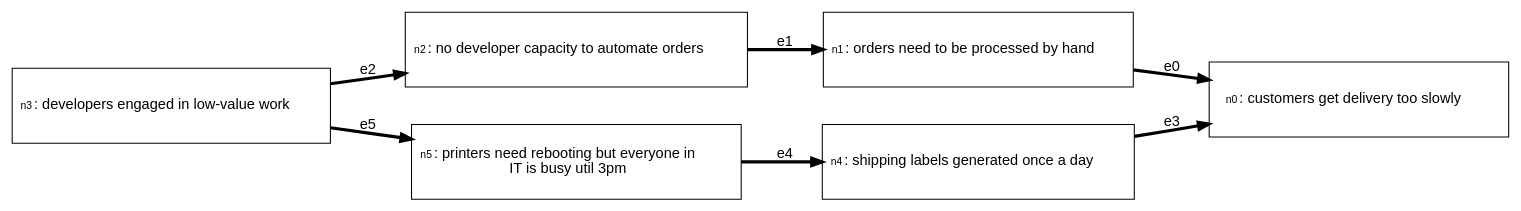
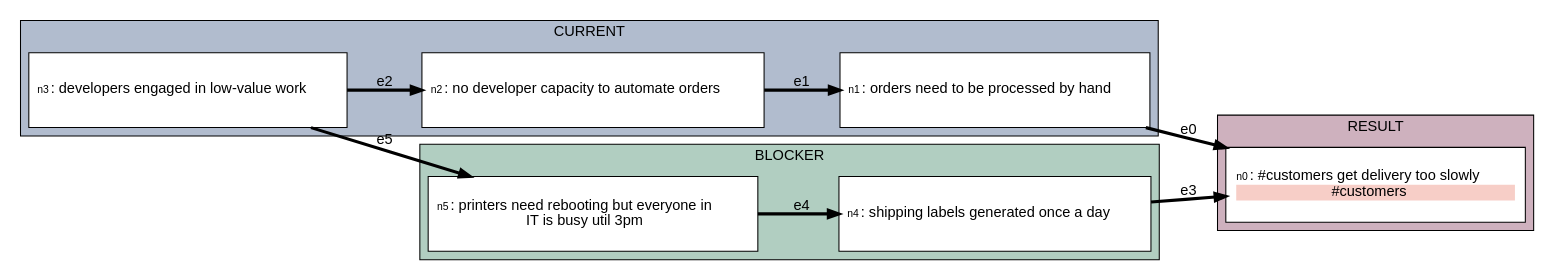
Before and after one commit to stevecooperorg/microdot: the diagram in examples/business_example_1.dot, drawn with Graphviz. The commit also changed 13 other files, not shown here.

```diff
--- a/examples/business_example_1.dot
+++ b/examples/business_example_1.dot
@@ -1,57 +1,75 @@
 digraph {
 
     graph [fontname = "helvetica" rankdir="LR" ranksep=0.75 nodesep=0.5];
     node [fontname = "helvetica" shape = "box" width=4 style=filled];
     edge [fontname = "helvetica" penwidth=3 color="#000000"];
 
-    n0 [width=4 height=1 label=< <TABLE BORDER="0" CELLPADDING="0" CELLSPACING="0">
+  subgraph cluster_BLOCKER {
+  label="BLOCKER"
+  bgcolor="#B1CEC1"
+    n4 [width=4 height=1 label=< <TABLE BORDER="0" CELLPADDING="0" CELLSPACING="0">
     <TR>
-        <TD COLSPAN="1"><FONT POINT-SIZE="10">n0</FONT>: customers get delivery too slowly</TD>
+        <TD COLSPAN="1"><FONT POINT-SIZE="10">n4</FONT>: shipping labels generated once a day</TD>
     </TR>
     
    </TABLE>
 > fillcolor="#FFFFFF"]
+    n5 [width=4 height=1 label=< <TABLE BORDER="0" CELLPADDING="0" CELLSPACING="0">
+    <TR>
+        <TD COLSPAN="1"><FONT POINT-SIZE="10">n5</FONT>: printers need rebooting but everyone in<br/>IT is busy util 3pm</TD>
+    </TR>
+    
+   </TABLE>
+> fillcolor="#FFFFFF"]
+  }
+  subgraph cluster_RESULT {
+  label="RESULT"
+  bgcolor="#CEB1BE"
+    n0 [width=4 height=1 label=< <TABLE BORDER="0" CELLPADDING="0" CELLSPACING="0">
+    <TR>
+        <TD COLSPAN="1"><FONT POINT-SIZE="10">n0</FONT>: #customers get delivery too slowly</TD>
+    </TR>
+    
+        
+           <TR>
+<TD BGCOLOR="#F7CEC7"><FONT COLOR="#000000">#customers</FONT></TD>
+</TR>
+        
+    
+   </TABLE>
+> fillcolor="#FFFFFF"]
+  }
+  subgraph cluster_CURRENT {
+  label="CURRENT"
+  bgcolor="#B1BCCE"
     n1 [width=4 height=1 label=< <TABLE BORDER="0" CELLPADDING="0" CELLSPACING="0">
     <TR>
         <TD COLSPAN="1"><FONT POINT-SIZE="10">n1</FONT>: orders need to be processed by hand</TD>
     </TR>
     
    </TABLE>
 > fillcolor="#FFFFFF"]
     n2 [width=4 height=1 label=< <TABLE BORDER="0" CELLPADDING="0" CELLSPACING="0">
     <TR>
         <TD COLSPAN="1"><FONT POINT-SIZE="10">n2</FONT>: no developer capacity to automate orders</TD>
     </TR>
     
    </TABLE>
 > fillcolor="#FFFFFF"]
     n3 [width=4 height=1 label=< <TABLE BORDER="0" CELLPADDING="0" CELLSPACING="0">
     <TR>
         <TD COLSPAN="1"><FONT POINT-SIZE="10">n3</FONT>: developers engaged in low-value work</TD>
     </TR>
     
    </TABLE>
 > fillcolor="#FFFFFF"]
-    n4 [width=4 height=1 label=< <TABLE BORDER="0" CELLPADDING="0" CELLSPACING="0">
-    <TR>
-        <TD COLSPAN="1"><FONT POINT-SIZE="10">n4</FONT>: shipping labels generated once a day</TD>
-    </TR>
-    
-   </TABLE>
-> fillcolor="#FFFFFF"]
-    n5 [width=4 height=1 label=< <TABLE BORDER="0" CELLPADDING="0" CELLSPACING="0">
-    <TR>
-        <TD COLSPAN="1"><FONT POINT-SIZE="10">n5</FONT>: printers need rebooting but everyone in<br/>IT is busy util 3pm</TD>
-    </TR>
-    
-   </TABLE>
-> fillcolor="#FFFFFF"]
+  }
 
     "n1" -> "n0" [label="e0"];
     "n2" -> "n1" [label="e1"];
     "n3" -> "n2" [label="e2"];
     "n4" -> "n0" [label="e3"];
     "n5" -> "n4" [label="e4"];
     "n3" -> "n5" [label="e5"];
 
 }
```
